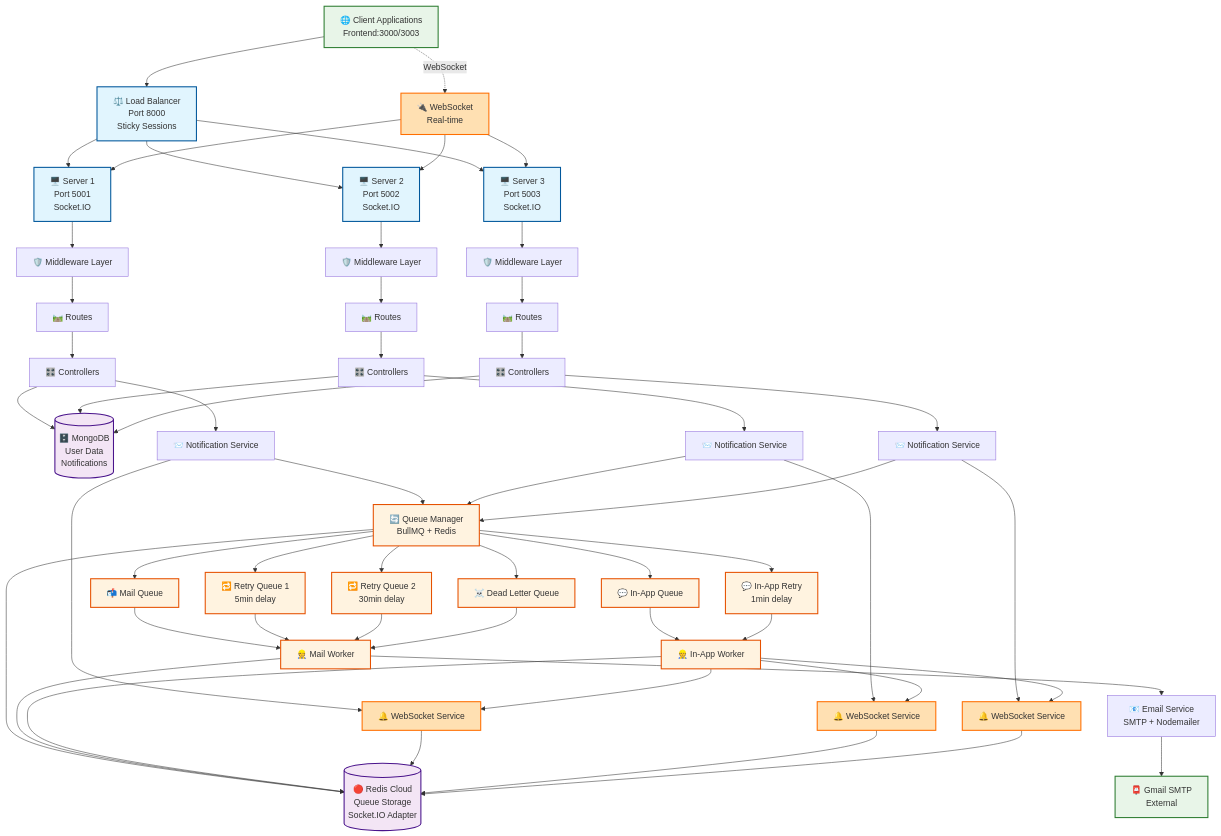
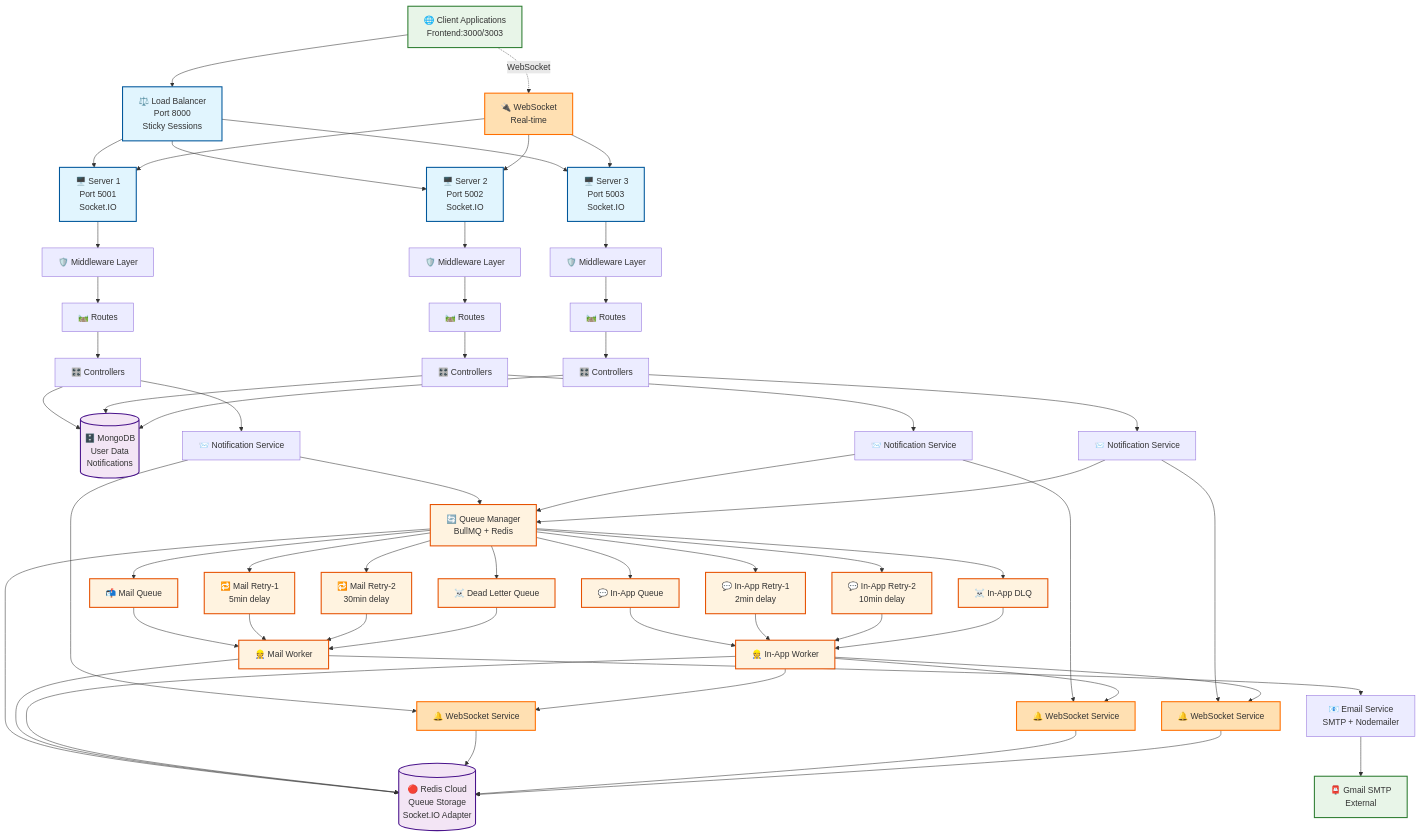
The diagram in backend/ARCHITECTURE.md (sramani-cf/notification_System), drawn with Mermaid before and after one commit. The commit also changed other lines of this file and 6 other files, not shown here.

````diff
--- a/backend/ARCHITECTURE.md
+++ b/backend/ARCHITECTURE.md
@@ -135,18 +136,22 @@
     %% Queue Processing
     QM --> MQ[📬 Mail Queue]
     QM --> IAQ[💬 In-App Queue]
-    QM --> RQ1[🔁 Retry Queue 1<br/>5min delay]
-    QM --> RQ2[🔁 Retry Queue 2<br/>30min delay]
-    QM --> IARQ[💬 In-App Retry<br/>1min delay]
+    QM --> RQ1[🔁 Mail Retry-1<br/>5min delay]
+    QM --> RQ2[🔁 Mail Retry-2<br/>30min delay]
+    QM --> IARQ1[💬 In-App Retry-1<br/>2min delay]
+    QM --> IARQ2[💬 In-App Retry-2<br/>10min delay]
     QM --> DLQ[☠️ Dead Letter Queue]
+    QM --> IADLQ[☠️ In-App DLQ]
     
     %% Workers
     MQ --> MW[👷 Mail Worker]
     IAQ --> IAW[👷 In-App Worker]
-    IARQ --> IAW
+    IARQ1 --> IAW
+    IARQ2 --> IAW
     RQ1 --> MW
     RQ2 --> MW
     DLQ --> MW
+    IADLQ --> IAW
     
     %% In-App Worker to WebSocket
     IAW --> WSS1
@@ -174,7 +179,7 @@
     
     class S1,S2,S3,LB server
     class MongoDB,Redis database
-    class QM,MQ,IAQ,IARQ,RQ1,RQ2,DLQ,MW,IAW queue
+    class QM,MQ,IAQ,IARQ1,IARQ2,RQ1,RQ2,DLQ,IADLQ,MW,IAW queue
     class Client,Gmail external
     class WSS1,WSS2,WSS3,WS websocket
 ```
````
